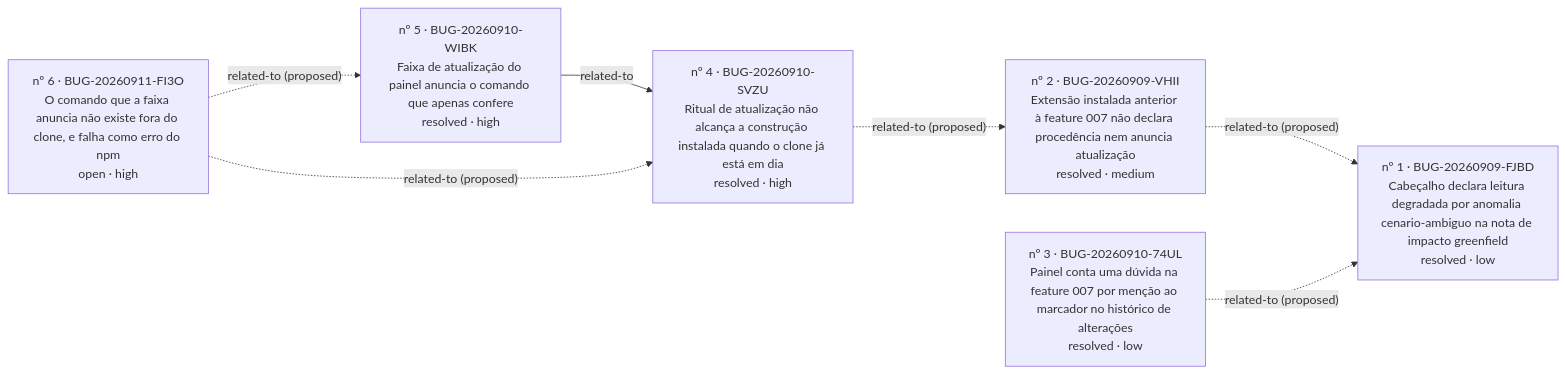
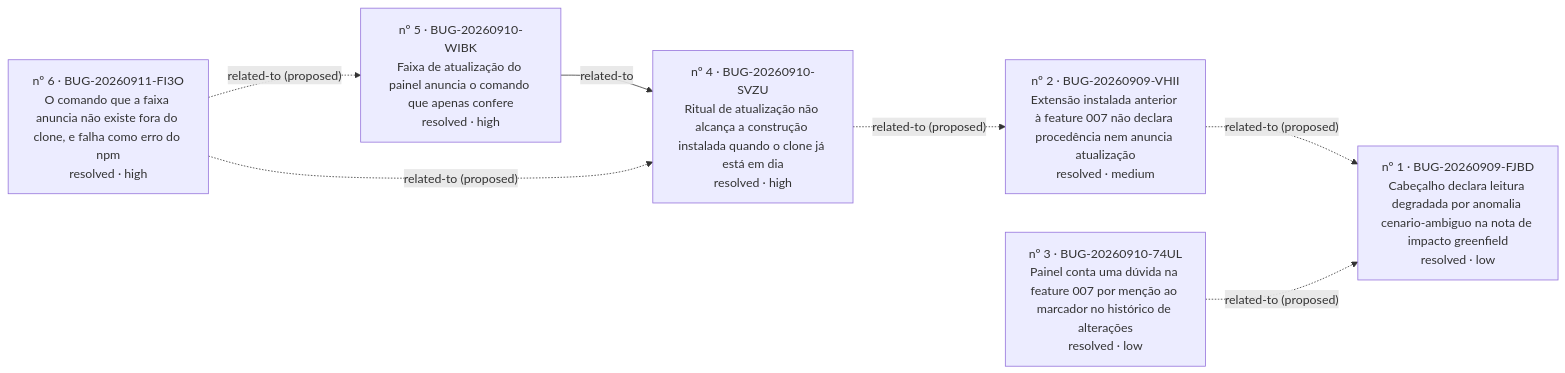
Before and after one commit to iago-leal/reversa-views: the diagram in _reversa_bugs/painel-do-processo/generated/graph.md, drawn with Mermaid. The commit also changed other lines of this file and 8 other files, not shown here.

````diff
--- a/_reversa_bugs/painel-do-processo/generated/graph.md
+++ b/_reversa_bugs/painel-do-processo/generated/graph.md
@@ -4,15 +4,15 @@
 ```mermaid
 graph LR
   BUG_20260909_FJBD["nº 1 · BUG-20260909-FJBD<br/>Cabeçalho declara leitura degradada por anomalia cenario-ambiguo na nota de impacto greenfield<br/>resolved · low"]
   BUG_20260909_VHII["nº 2 · BUG-20260909-VHII<br/>Extensão instalada anterior à feature 007 não declara procedência nem anuncia atualização<br/>resolved · medium"]
   BUG_20260910_74UL["nº 3 · BUG-20260910-74UL<br/>Painel conta uma dúvida na feature 007 por menção ao marcador no histórico de alterações<br/>resolved · low"]
   BUG_20260910_SVZU["nº 4 · BUG-20260910-SVZU<br/>Ritual de atualização não alcança a construção instalada quando o clone já está em dia<br/>resolved · high"]
   BUG_20260910_WIBK["nº 5 · BUG-20260910-WIBK<br/>Faixa de atualização do painel anuncia o comando que apenas confere<br/>resolved · high"]
-  BUG_20260911_FI3O["nº 6 · BUG-20260911-FI3O<br/>O comando que a faixa anuncia não existe fora do clone, e falha como erro do npm<br/>open · high"]
+  BUG_20260911_FI3O["nº 6 · BUG-20260911-FI3O<br/>O comando que a faixa anuncia não existe fora do clone, e falha como erro do npm<br/>resolved · high"]
   BUG_20260909_VHII -. related-to (proposed) .-> BUG_20260909_FJBD
   BUG_20260910_74UL -. related-to (proposed) .-> BUG_20260909_FJBD
   BUG_20260910_SVZU -. related-to (proposed) .-> BUG_20260909_VHII
   BUG_20260910_WIBK -- related-to --> BUG_20260910_SVZU
   BUG_20260911_FI3O -. related-to (proposed) .-> BUG_20260910_WIBK
   BUG_20260911_FI3O -. related-to (proposed) .-> BUG_20260910_SVZU
 ```
````
